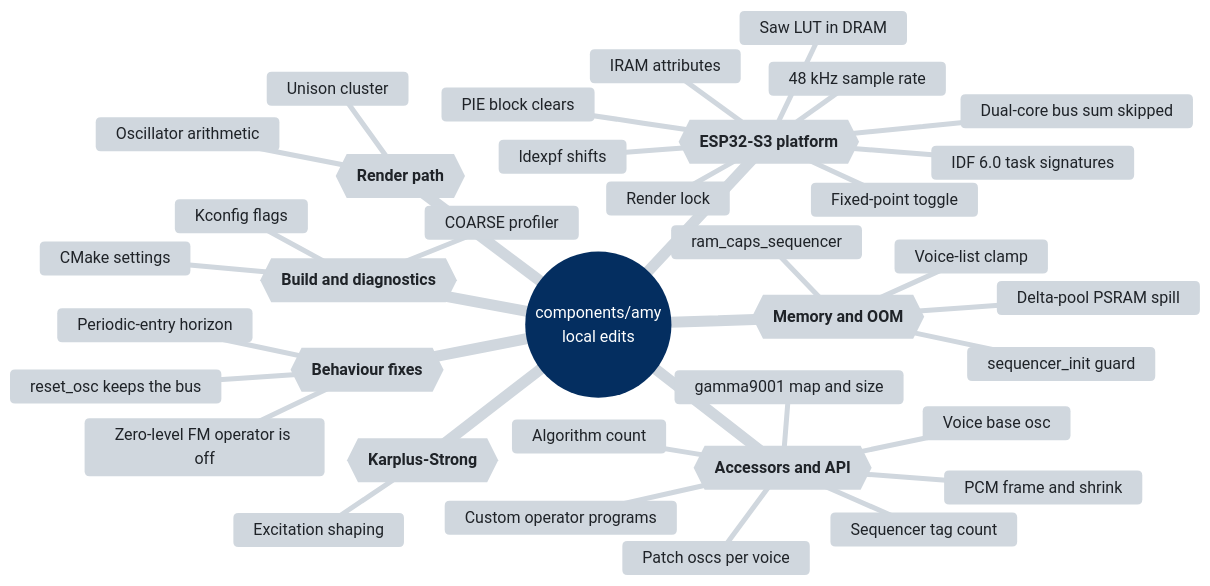
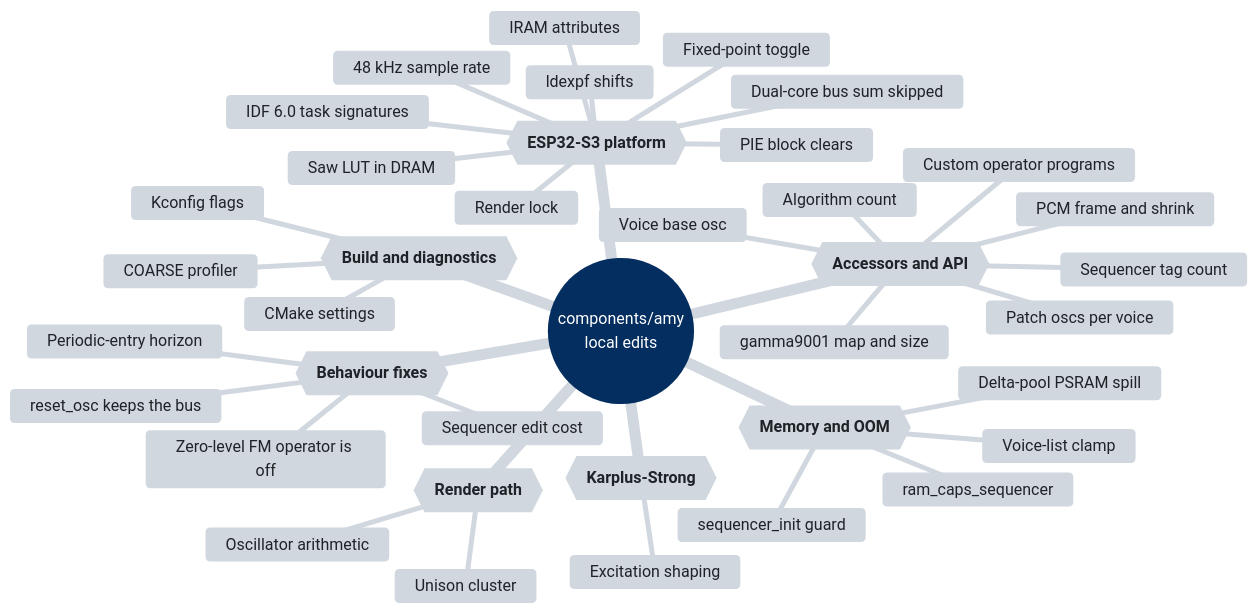
Before and after one commit to rt-rtos/S3-Amysynth: the diagram in AMY-EDITS.md, drawn with Mermaid. The commit also changed other lines of this file and 1 other file, not shown here.

First line of the commit message:
AMY: clear and allocate sequencer slots at the cost of what is scheduled

````diff
--- a/AMY-EDITS.md
+++ b/AMY-EDITS.md
@@ -16,52 +16,53 @@
 ```mermaid
 %%{init: {"theme": "base", "themeCSS": ".mindmap-node polygon { fill: #afb8c1 !important; }", "themeVariables": {
   "primaryColor": "#0969da", "primaryTextColor": "#ffffff", "lineColor": "#8c959f",
   "cScale0": "#d0d7de", "cScaleLabel0": "#1f2328",
   "cScale1": "#d0d7de", "cScaleLabel1": "#1f2328",
   "cScale2": "#d0d7de", "cScaleLabel2": "#1f2328",
   "cScale3": "#d0d7de", "cScaleLabel3": "#1f2328",
   "cScale4": "#d0d7de", "cScaleLabel4": "#1f2328",
   "cScale5": "#d0d7de", "cScaleLabel5": "#1f2328",
   "cScale6": "#d0d7de", "cScaleLabel6": "#1f2328",
   "cScale7": "#d0d7de", "cScaleLabel7": "#1f2328",
   "cScale8": "#d0d7de", "cScaleLabel8": "#1f2328"
 }}}%%
 mindmap
   root((components/amy<br/>local edits))
     c1{{"`**ESP32-S3 platform**`"}}
       48 kHz sample rate
       Fixed-point toggle
       ldexpf shifts
       Render lock
       PIE block clears
       IRAM attributes
       Saw LUT in DRAM
       IDF 6.0 task signatures
       Dual-core bus sum skipped
     c2{{"`**Memory and OOM**`"}}
       Delta-pool PSRAM spill
       sequencer_init guard
       ram_caps_sequencer
       Voice-list clamp
     c3{{"`**Render path**`"}}
       Oscillator arithmetic
       Unison cluster
     c4{{"`**Karplus-Strong**`"}}
       Excitation shaping
     c5{{"`**Accessors and API**`"}}
       PCM frame and shrink
       gamma9001 map and size
       Voice base osc
       Patch oscs per voice
       Algorithm count
       Custom operator programs
       Sequencer tag count
     c6{{"`**Behaviour fixes**`"}}
       Periodic-entry horizon
+      Sequencer edit cost
       reset_osc keeps the bus
       Zero-level FM operator is off
     c7{{"`**Build and diagnostics**`"}}
       Kconfig flags
       CMake settings
       COARSE profiler
 ```
````
